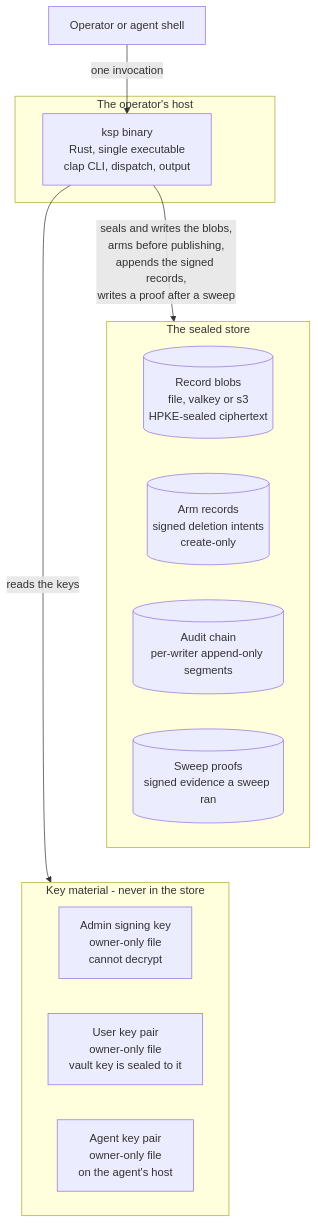
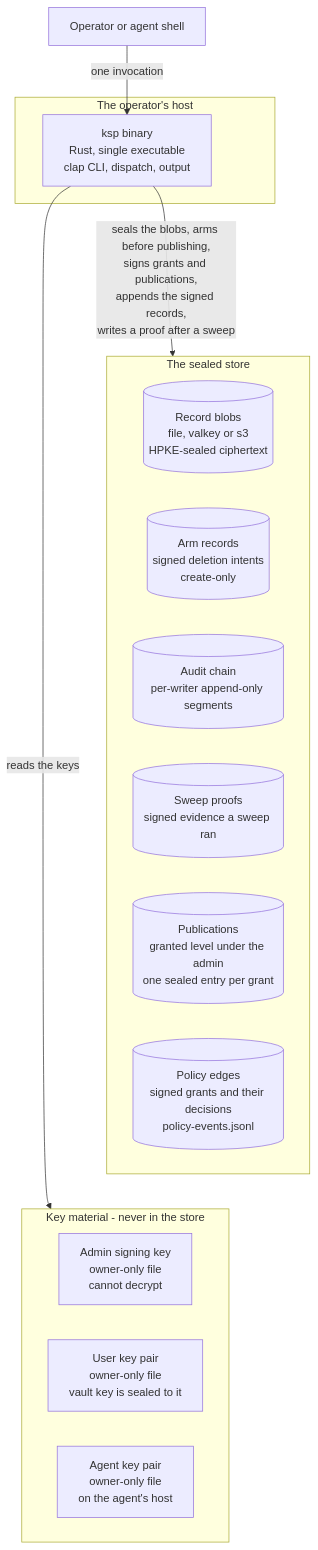
The second of 3 diagrams in site/docs/architecture/overview.md (bruj0/keyspout), drawn with Mermaid before and after one commit. The commit also changed other lines of this file and 80 other files, not shown here.

````diff
--- a/site/docs/architecture/overview.md
+++ b/site/docs/architecture/overview.md
@@ -55,28 +62,30 @@
 ```mermaid
 flowchart TD
   Client["Operator or agent shell"]
 
   subgraph Host["The operator's host"]
     BIN["ksp binary<br/>Rust, single executable<br/>clap CLI, dispatch, output"]
   end
 
   subgraph Storage["The sealed store"]
     BLOBS[("Record blobs<br/>file, valkey or s3<br/>HPKE-sealed ciphertext")]
     ARMS[("Arm records<br/>signed deletion intents<br/>create-only")]
     AUDIT[("Audit chain<br/>per-writer append-only segments")]
     PROOFS[("Sweep proofs<br/>signed evidence a sweep ran")]
+    PUBS[("Publications<br/>granted level under the admin<br/>one sealed entry per grant")]
+    EDGES[("Policy edges<br/>signed grants and their decisions<br/>policy-events.jsonl")]
   end
 
   subgraph Keys["Key material - never in the store"]
     ADMINKEY["Admin signing key<br/>owner-only file<br/>cannot decrypt"]
     USERKEY["User key pair<br/>owner-only file<br/>vault key is sealed to it"]
     AGENTKEY["Agent key pair<br/>owner-only file<br/>on the agent's host"]
   end
 
   Client -->|"one invocation"| BIN
-  BIN -->|"seals and writes the blobs,<br/>arms before publishing,<br/>appends the signed records,<br/>writes a proof after a sweep"| Storage
+  BIN -->|"seals the blobs, arms before publishing,<br/>signs grants and publications,<br/>appends the signed records,<br/>writes a proof after a sweep"| Storage
   BIN -->|"reads the keys"| Keys
   Storage ~~~ Keys
   Host ~~~ Storage
 
 ```
````
